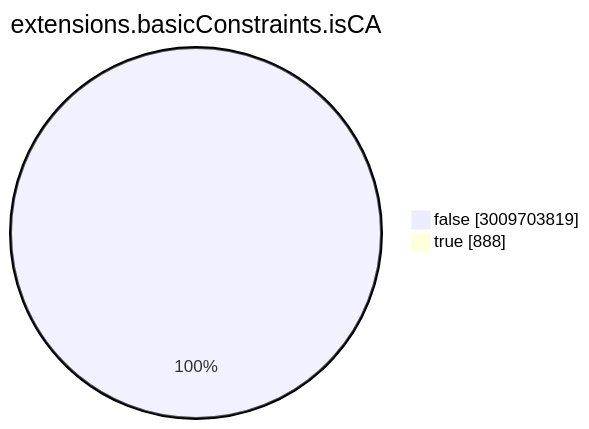
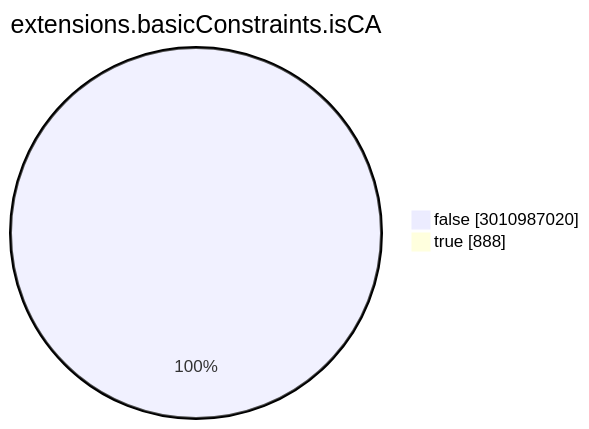
The seventh of 15 diagrams in TOTAL/README.md (christiankrug/ctmonitor_visualization), drawn with Mermaid before and after one commit. The commit also changed other lines of this file, not shown here.

````diff
--- a/TOTAL/README.md
+++ b/TOTAL/README.md
@@ -3080,6 +3080,6 @@
 ```mermaid
 pie showData
 title extensions.basicConstraints.isCA
-"false" :3009703819
+"false" :3010987020
 "true" :888
 ```
````
